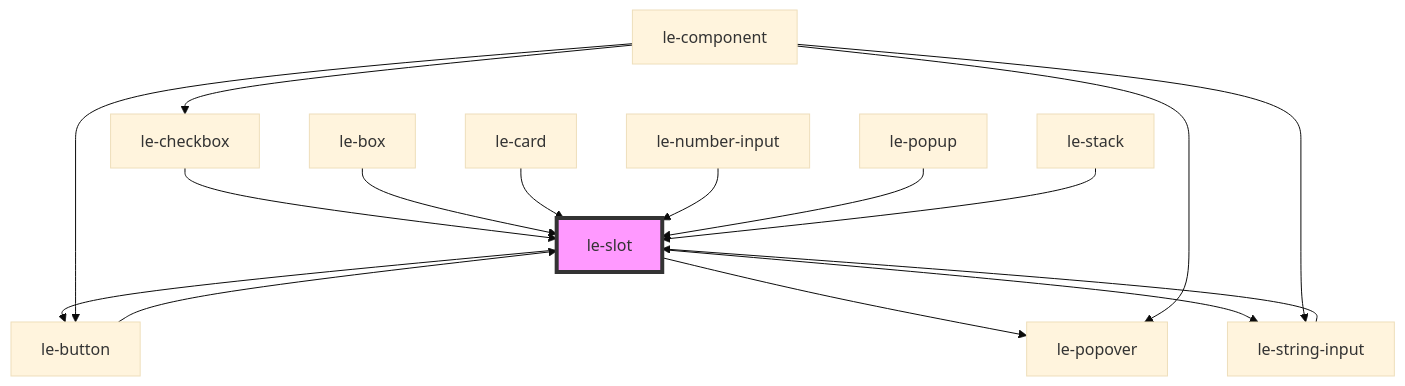
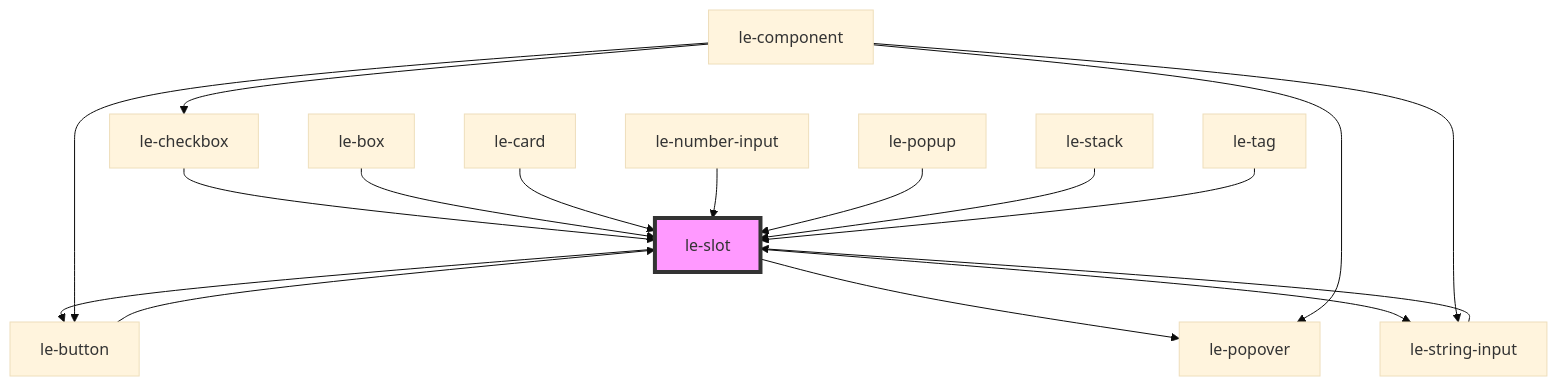
One commit to leechy/le-kit changed the diagram in src/components/le-slot/readme.md. Above: the diagram before and after it, drawn with Mermaid (base theme). The commit also changed other lines of this file and 15 other files, not shown here.

````diff
--- a/src/components/le-slot/readme.md
+++ b/src/components/le-slot/readme.md
@@ -67,19 +68,20 @@
 ```mermaid
 graph TD;
   le-slot --> le-popover
   le-slot --> le-button
   le-slot --> le-string-input
   le-button --> le-slot
   le-component --> le-button
   le-component --> le-checkbox
   le-component --> le-string-input
   le-component --> le-popover
   le-checkbox --> le-slot
   le-string-input --> le-slot
   le-box --> le-slot
   le-card --> le-slot
   le-number-input --> le-slot
   le-popup --> le-slot
   le-stack --> le-slot
+  le-tag --> le-slot
   style le-slot fill:#f9f,stroke:#333,stroke-width:4px
 ```
````
